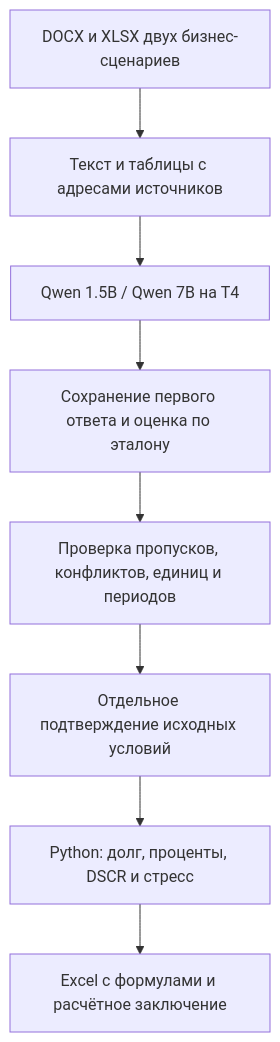
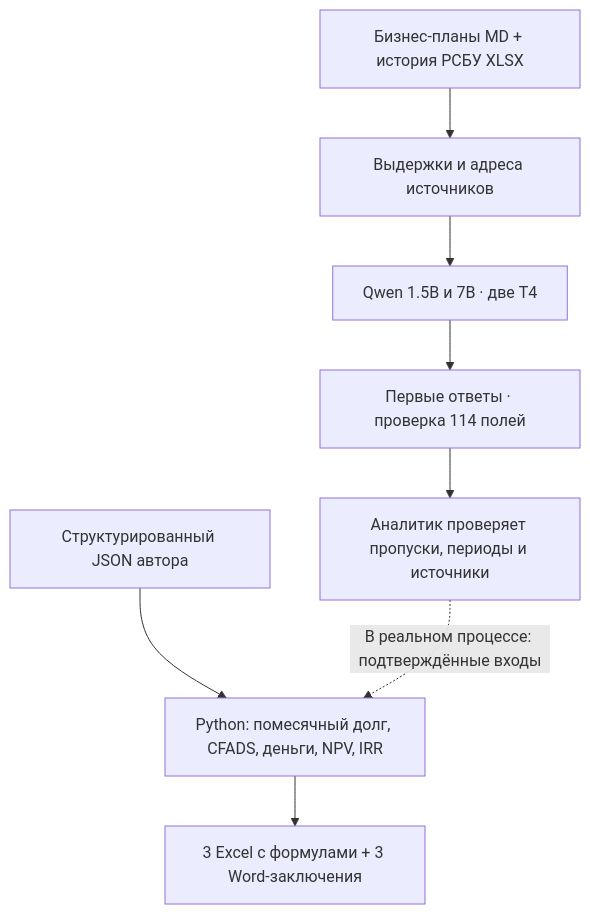
The diagram in README.md (Egorich51/project-finance-ai-case), drawn with Mermaid before and after one commit. The commit also changed other lines of this file and 41 other files, not shown here.

````diff
--- a/README.md
+++ b/README.md
@@ -40,10 +31,10 @@
 ```mermaid
 flowchart TD
-    A["DOCX и XLSX двух бизнес-сценариев"] --> B["Текст и таблицы с адресами источников"]
-    B --> C["Qwen 1.5B / Qwen 7B на T4"]
-    C --> D["Сохранение первого ответа и оценка по эталону"]
-    D --> E["Проверка пропусков, конфликтов, единиц и периодов"]
-    E --> F["Отдельное подтверждение исходных условий"]
-    F --> G["Python: долг, проценты, DSCR и стресс"]
-    G --> H["Excel с формулами и расчётное заключение"]
+    A["Бизнес-планы MD + история РСБУ XLSX"] --> B["Выдержки и адреса источников"]
+    B --> C["Qwen 1.5B и 7B · две T4"]
+    C --> D["Первые ответы · проверка 114 полей"]
+    D --> E["Аналитик проверяет пропуски, периоды и источники"]
+    F["Структурированный JSON автора"] --> G["Python: помесячный долг, CFADS, деньги, NPV, IRR"]
+    E -. "В реальном процессе: подтверждённые входы" .-> G
+    G --> H["3 Excel с формулами + 3 Word-заключения"]
 ```
````
